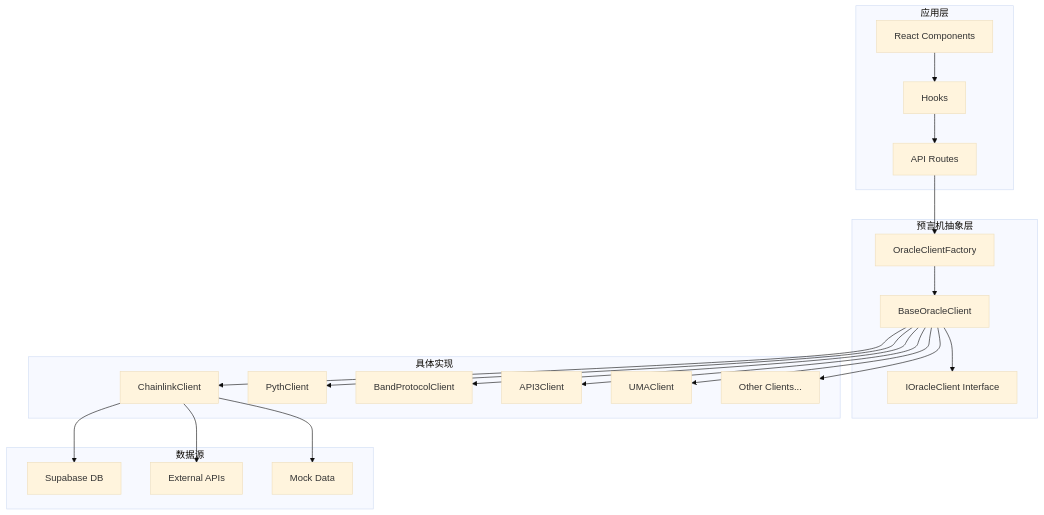
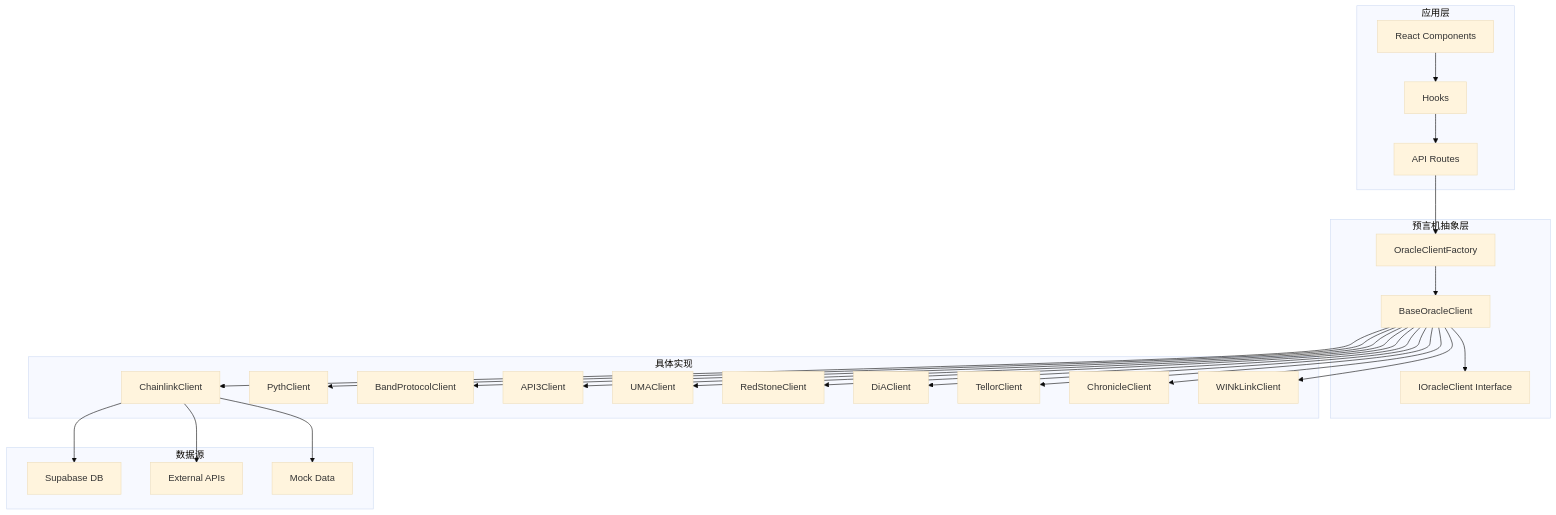
The first of 3 diagrams in docs/architecture/oracles.md (imokokok/Insight), drawn with Mermaid (base theme) before and after one commit. The commit also changed other lines of this file and 30 other files, not shown here.

````diff
--- a/docs/architecture/oracles.md
+++ b/docs/architecture/oracles.md
@@ -36,44 +36,52 @@
 ```mermaid
 graph TB
     subgraph Application["应用层"]
         A[React Components]
         B[Hooks]
         C[API Routes]
     end
 
     subgraph OracleLayer["预言机抽象层"]
         D[OracleClientFactory]
         E[BaseOracleClient]
         F[IOracleClient Interface]
     end
 
     subgraph Implementations["具体实现"]
         G[ChainlinkClient]
         H[PythClient]
         I[BandProtocolClient]
         J[API3Client]
         K[UMAClient]
-        L[Other Clients...]
+        L[RedStoneClient]
+        M[DiAClient]
+        N[TellorClient]
+        O[ChronicleClient]
+        P[WINkLinkClient]
     end
 
     subgraph DataSources["数据源"]
-        M[Supabase DB]
-        N[External APIs]
-        O[Mock Data]
+        Q[Supabase DB]
+        R[External APIs]
+        S[Mock Data]
     end
 
     A --> B
     B --> C
     C --> D
     D --> E
     E --> F
     E --> G
     E --> H
     E --> I
     E --> J
     E --> K
     E --> L
-    G --> M
-    G --> N
-    G --> O
+    E --> M
+    E --> N
+    E --> O
+    E --> P
+    G --> Q
+    G --> R
+    G --> S
 ```
````
